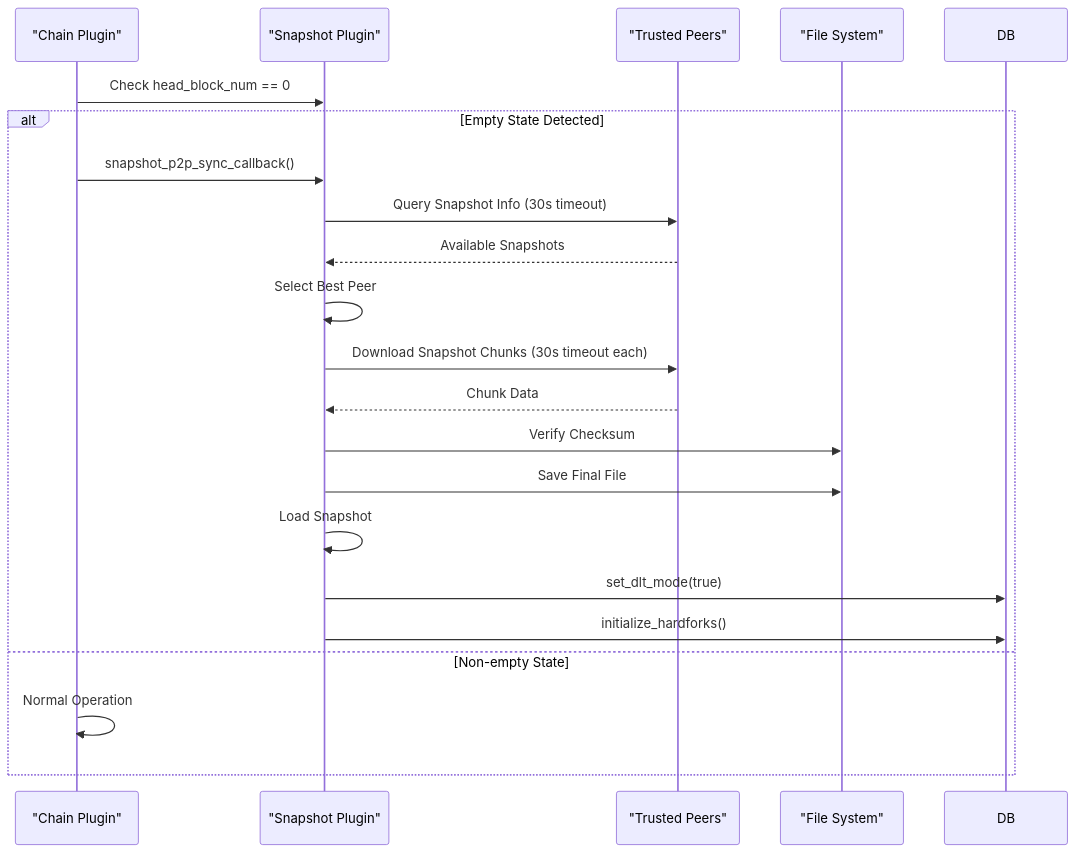
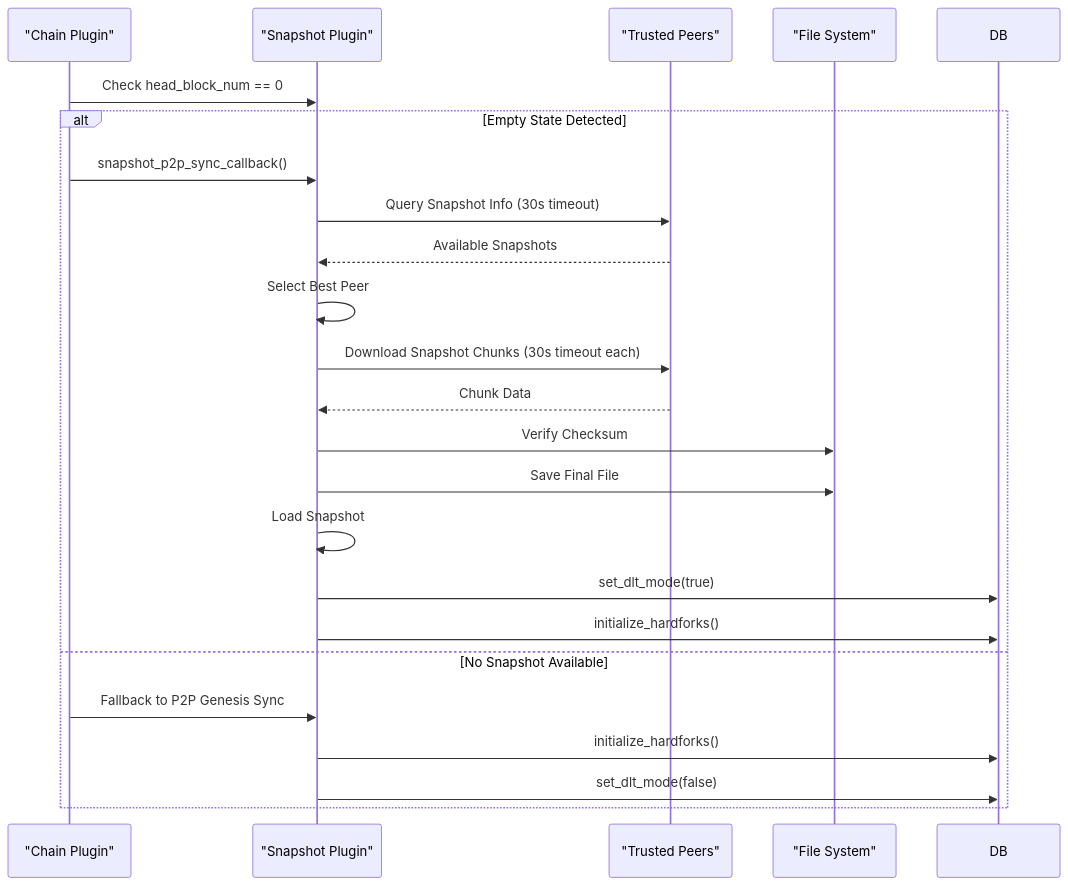
One commit to VIZ-Blockchain/viz-cpp-node changed diagram 13 of 33 in .qoder/repowiki/en/content/Plugin System/Snapshot Plugin System.md. Above: the diagram before and after it, drawn with Mermaid. The commit also changed other lines of this file and 5 other files, not shown here.

````diff
--- a/.qoder/repowiki/en/content/Plugin System/Snapshot Plugin System.md
+++ b/.qoder/repowiki/en/content/Plugin System/Snapshot Plugin System.md
@@ -586,23 +658,25 @@
 ```mermaid
 sequenceDiagram
 participant Chain as "Chain Plugin"
 participant Snap as "Snapshot Plugin"
 participant Peers as "Trusted Peers"
 participant FS as "File System"
 Chain->>Snap : Check head_block_num == 0
 alt Empty State Detected
 Chain->>Snap : snapshot_p2p_sync_callback()
 Snap->>Peers : Query Snapshot Info (30s timeout)
 Peers-->>Snap : Available Snapshots
 Snap->>Snap : Select Best Peer
 Snap->>Peers : Download Snapshot Chunks (30s timeout each)
 Peers-->>Snap : Chunk Data
 Snap->>FS : Verify Checksum
 Snap->>FS : Save Final File
 Snap->>Snap : Load Snapshot
 Snap->>DB : set_dlt_mode(true)
 Snap->>DB : initialize_hardforks()
-else Non-empty State
-Chain->>Chain : Normal Operation
+else No Snapshot Available
+Chain->>Snap : Fallback to P2P Genesis Sync
+Snap->>DB : initialize_hardforks()
+Snap->>DB : set_dlt_mode(false)
 end
 ```
````
